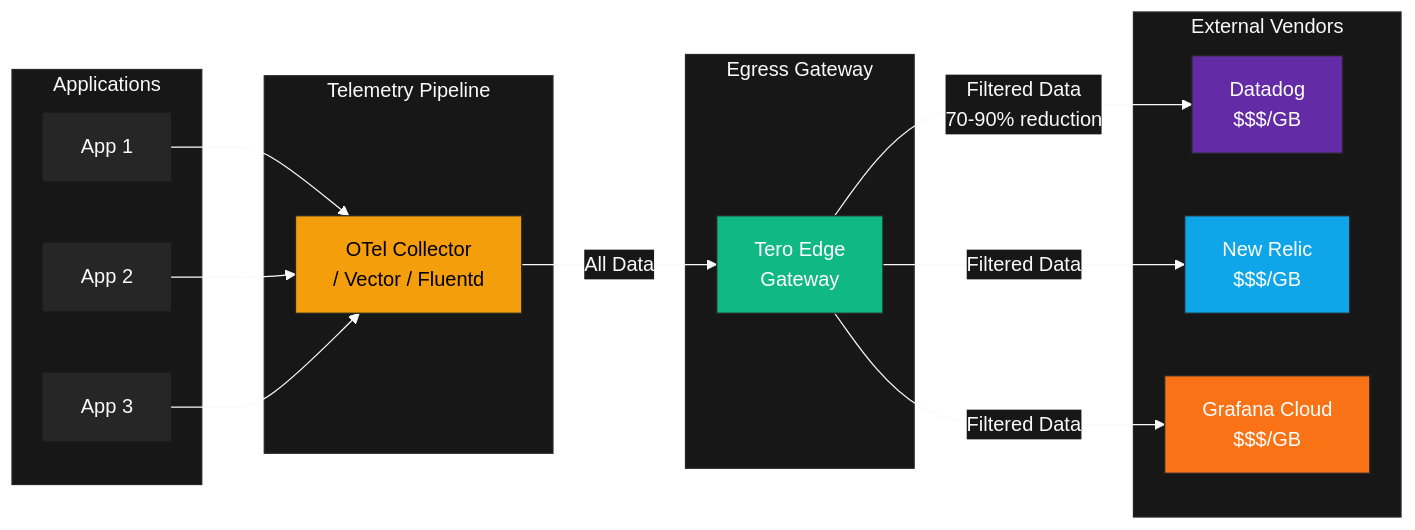
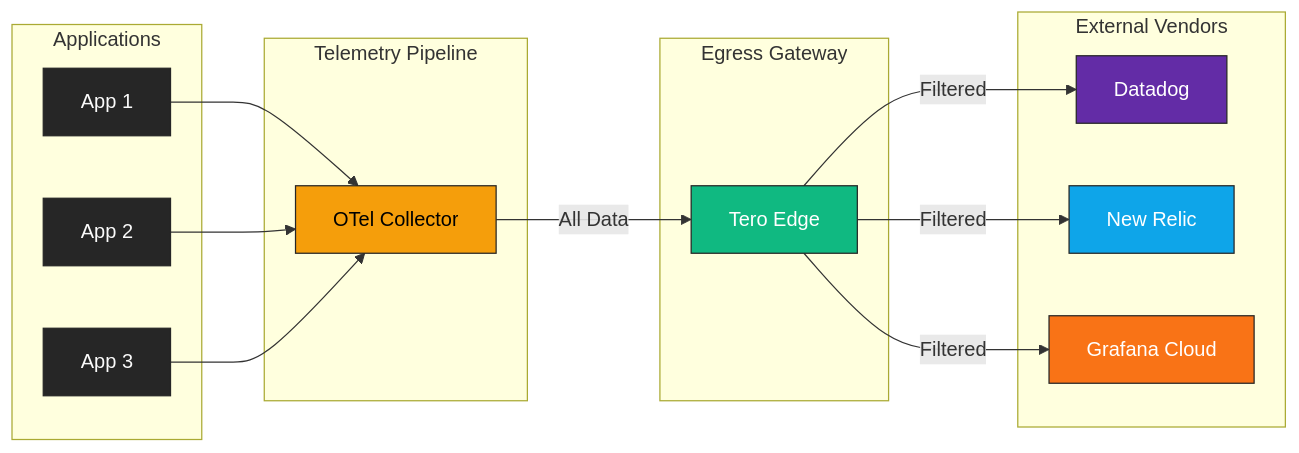
The third of 4 diagrams in edge/architecture.mdx (usetero/docs), drawn with Mermaid before and after one commit. The commit also changed other lines of this file, not shown here.

Commit message:
fix: failing architecture diagrams (#8)

````diff
--- a/edge/architecture.mdx
+++ b/edge/architecture.mdx
@@ -229,40 +226,39 @@
 ```mermaid
-%%{init: {'theme': 'base', 'themeVariables': { 'primaryColor': '#0e2b22', 'primaryTextColor': '#fafafa', 'primaryBorderColor': '#262626', 'lineColor': '#fafafa', 'secondaryColor': '#0e2b22', 'tertiaryColor': '#171717', 'background': '#171717', 'mainBkg': '#171717', 'nodeBorder': '#262626', 'clusterBkg': '#171717', 'clusterBorder': '#262626', 'titleColor': '#fafafa', 'edgeLabelBackground': '#171717'}}}%%
 flowchart LR
     subgraph Applications
         App1[App 1]
         App2[App 2]
         App3[App 3]
     end
 
-    subgraph Telemetry Pipeline
-        Collector[OTel Collector<br/>/ Vector / Fluentd]
+    subgraph Pipeline[Telemetry Pipeline]
+        Collector[OTel Collector]
     end
 
-    subgraph Egress Gateway
-        Edge[Tero Edge<br/>Gateway]
+    subgraph Gateway[Egress Gateway]
+        Edge[Tero Edge]
     end
 
-    subgraph External Vendors
-        DD[Datadog<br/>$$$/GB]
-        NR[New Relic<br/>$$$/GB]
-        Grafana[Grafana Cloud<br/>$$$/GB]
+    subgraph Vendors[External Vendors]
+        DD[Datadog]
+        NR[New Relic]
+        Grafana[Grafana Cloud]
     end
 
     App1 --> Collector
     App2 --> Collector
     App3 --> Collector
     Collector -->|All Data| Edge
-    Edge -->|Filtered Data<br/>70-90% reduction| DD
-    Edge -->|Filtered Data| NR
-    Edge -->|Filtered Data| Grafana
+    Edge -->|Filtered| DD
+    Edge -->|Filtered| NR
+    Edge -->|Filtered| Grafana
 
     style Edge fill:#10b981,stroke:#262626,color:#fff
     style Collector fill:#f59e0b,stroke:#262626,color:#000
     style App1 fill:#262626,stroke:#262626,color:#fafafa
     style App2 fill:#262626,stroke:#262626,color:#fafafa
     style App3 fill:#262626,stroke:#262626,color:#fafafa
     style DD fill:#632ca6,stroke:#262626,color:#fff
     style NR fill:#0ea5e9,stroke:#262626,color:#fff
     style Grafana fill:#f97316,stroke:#262626,color:#fff
 ```
````
